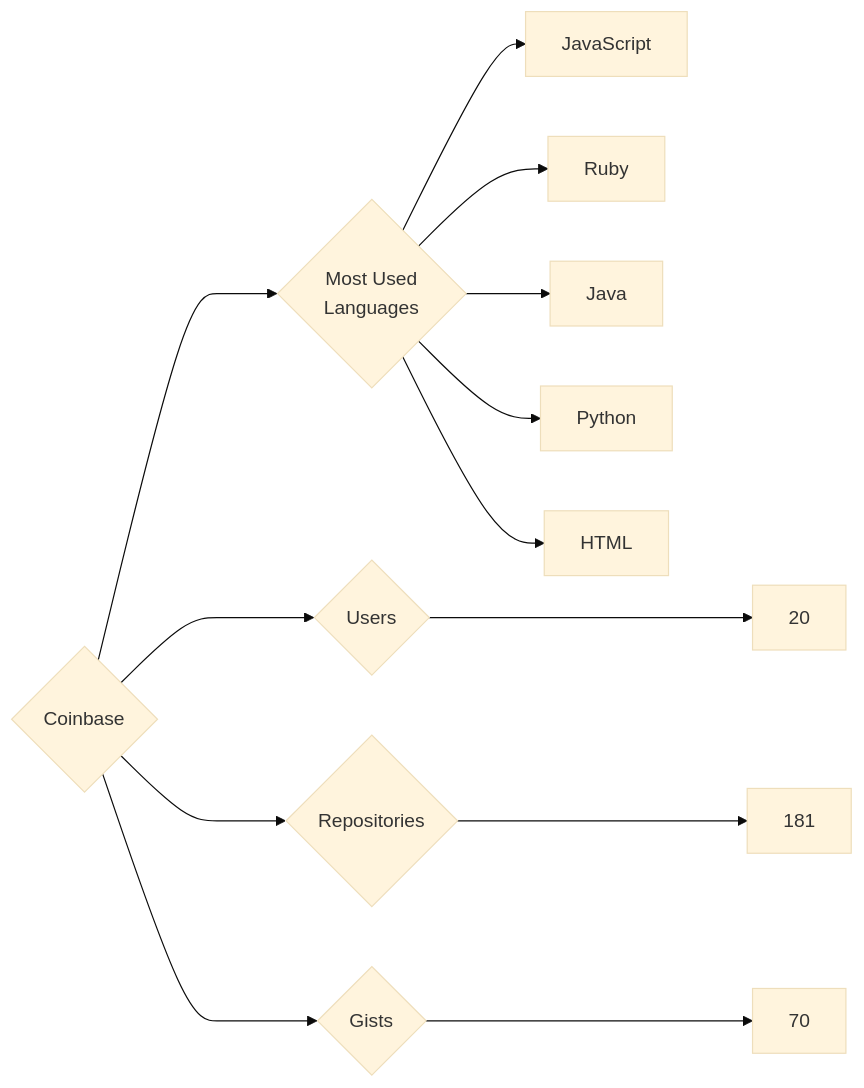
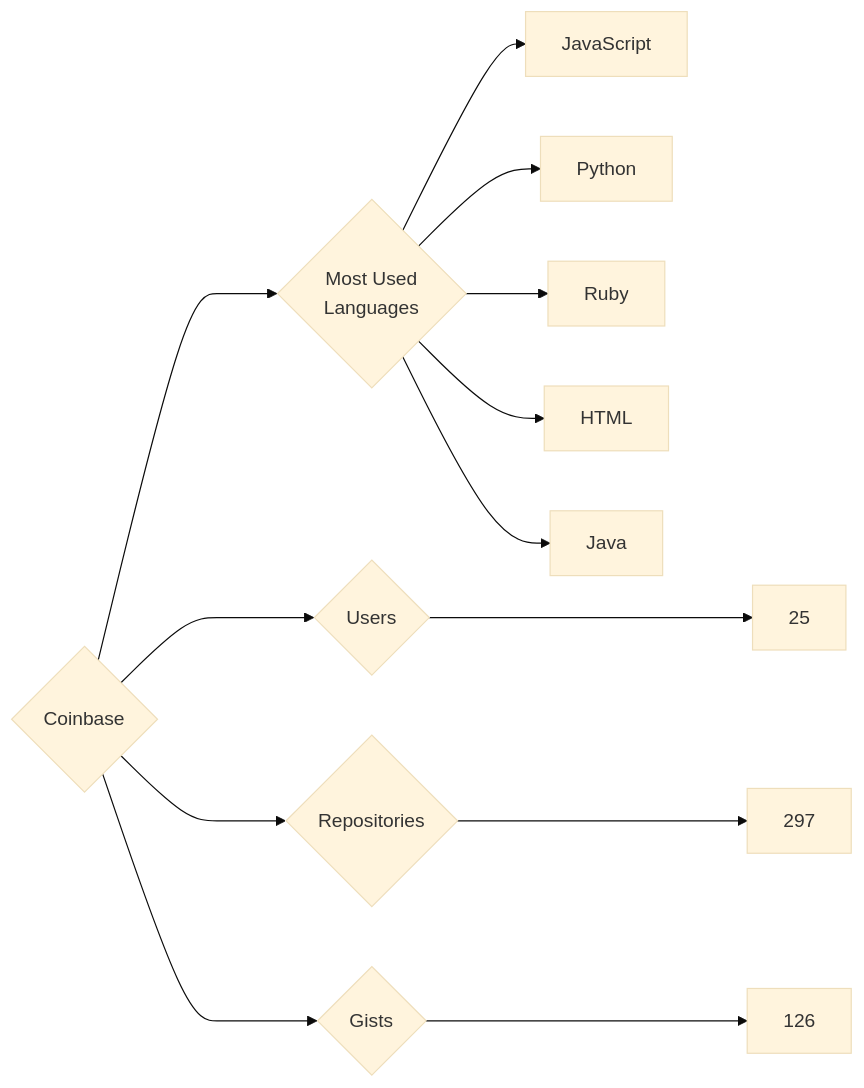
Before and after one commit to trickest/insiders: the diagram in targets/Coinbase/README.md, drawn with Mermaid (base theme). The commit also changed 757 other files, not shown here.

````diff
--- a/targets/Coinbase/README.md
+++ b/targets/Coinbase/README.md
@@ -3,13 +3,13 @@
 ```mermaid
 graph LR
 COMPANY_NAME{Coinbase}
-COMPANY_NAME ---> U{Users} ---> UN[20]
-COMPANY_NAME ---> R{Repositories} ---> RN[181]
-COMPANY_NAME ---> G{Gists} ---> GN[70]
+COMPANY_NAME ---> U{Users} ---> UN[25]
+COMPANY_NAME ---> R{Repositories} ---> RN[297]
+COMPANY_NAME ---> G{Gists} ---> GN[126]
 COMPANY_NAME ---> ML{Most Used<br>Languages}
 ML --> JavaScript[JavaScript]
+ML --> Python[Python]
 ML --> Ruby[Ruby]
+ML --> HTML[HTML]
 ML --> Java[Java]
-ML --> Python[Python]
-ML --> HTML[HTML]
 ```
````
